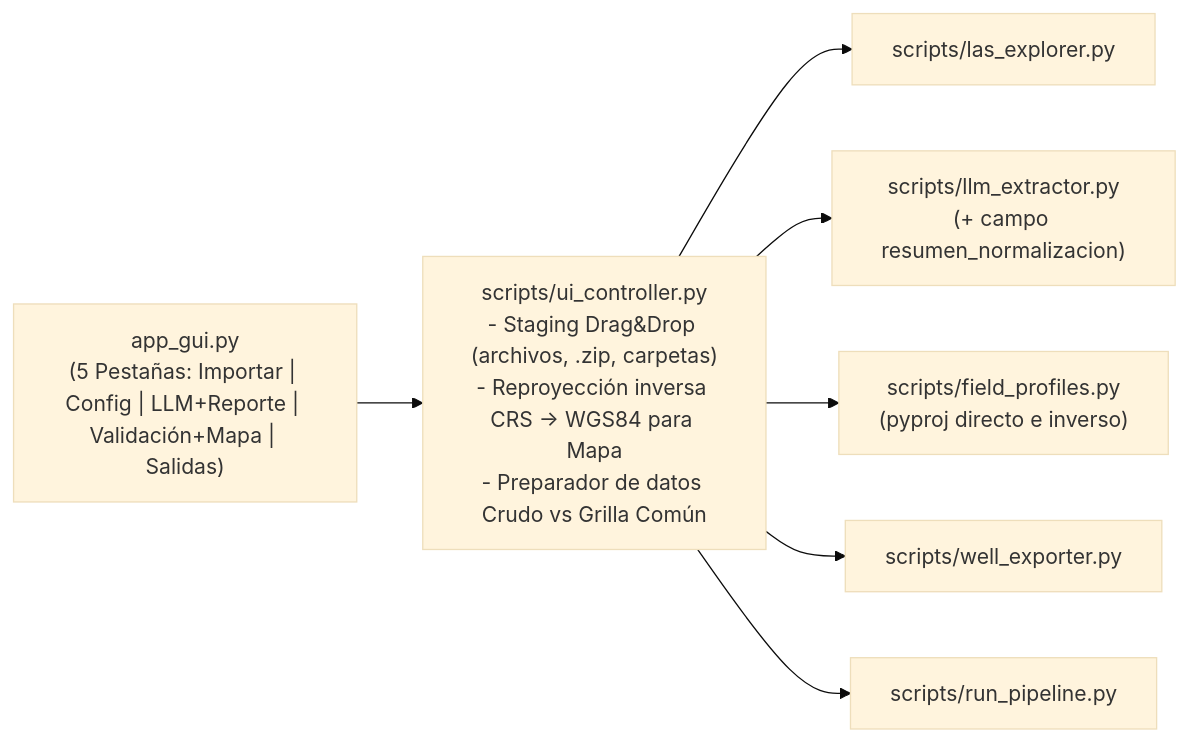
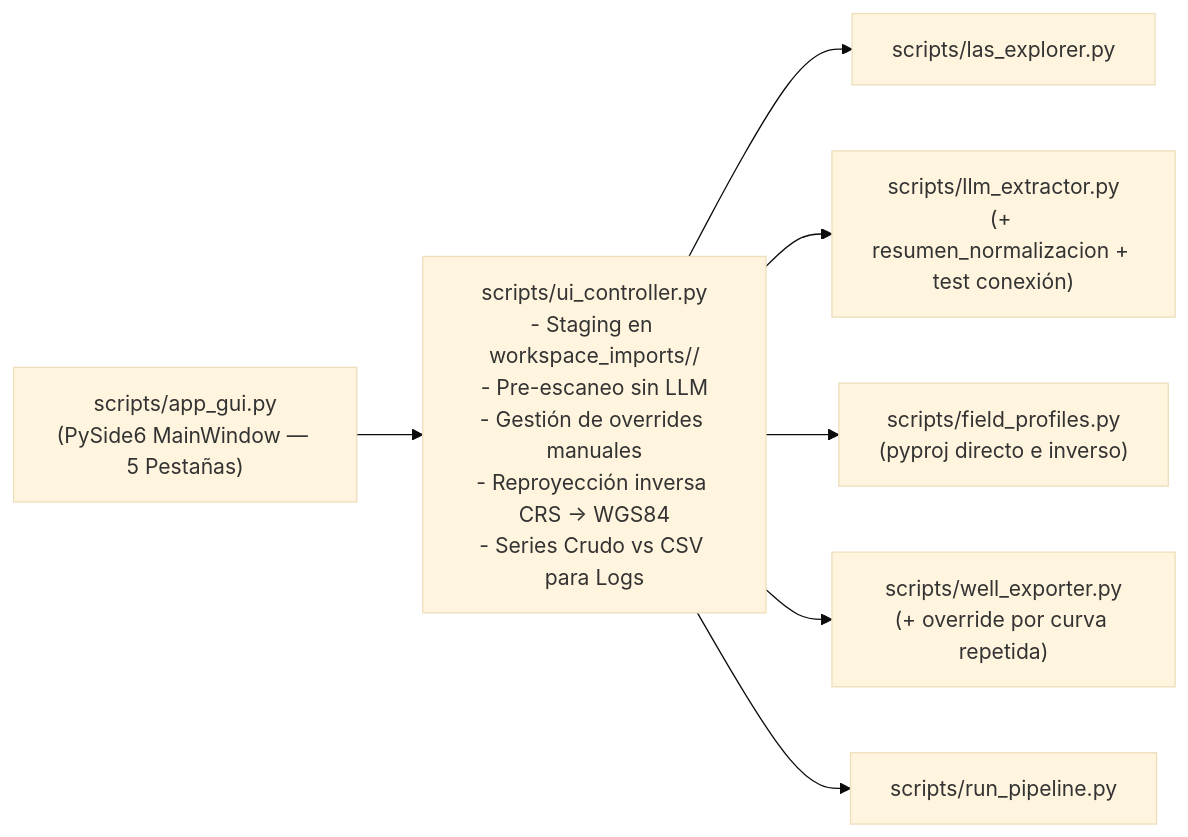
The diagram in specs/004-interfaz-grafica-well-curator/plan.md (CostaA6/well_curator), drawn with Mermaid (base theme) before and after one commit. The commit also changed other lines of this file and 3 other files, not shown here.

Commit message:
docs(spec-004): finalize PySide6 GUI architecture, staging and validation scope

````diff
--- a/specs/004-interfaz-grafica-well-curator/plan.md
+++ b/specs/004-interfaz-grafica-well-curator/plan.md
@@ -20,9 +14,9 @@
 ```mermaid
 flowchart LR
-    UI["app_gui.py\n(5 Pestañas: Importar | Config | LLM+Reporte | Validación+Mapa | Salidas)"] --> CTRL["scripts/ui_controller.py\n- Staging Drag&Drop (archivos, .zip, carpetas)\n- Reproyección inversa CRS -> WGS84 para Mapa\n- Preparador de datos Crudo vs Grilla Común"]
+    UI["scripts/app_gui.py\n(PySide6 MainWindow — 5 Pestañas)"] --> CTRL["scripts/ui_controller.py\n- Staging en workspace_imports/<Pozo>/\n- Pre-escaneo sin LLM\n- Gestión de overrides manuales\n- Reproyección inversa CRS -> WGS84\n- Series Crudo vs CSV para Logs"]
     CTRL --> EXP["scripts/las_explorer.py"]
-    CTRL --> LLM["scripts/llm_extractor.py\n(+ campo resumen_normalizacion)"]
+    CTRL --> LLM["scripts/llm_extractor.py\n(+ resumen_normalizacion + test conexión)"]
     CTRL --> FIELD["scripts/field_profiles.py\n(pyproj directo e inverso)"]
-    CTRL --> OUT["scripts/well_exporter.py"]
+    CTRL --> OUT["scripts/well_exporter.py\n(+ override por curva repetida)"]
     CTRL --> PIPE["scripts/run_pipeline.py"]
 ```
````
